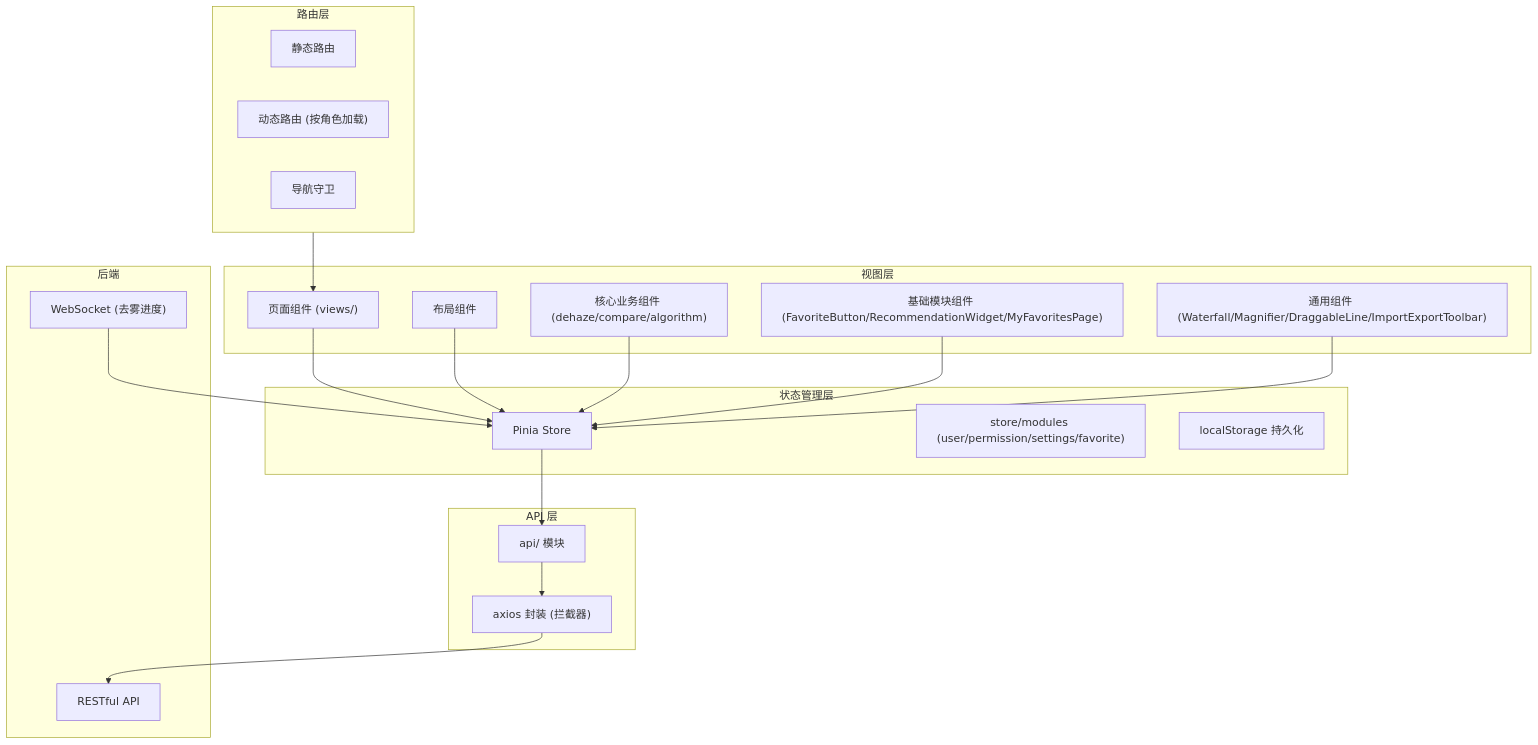
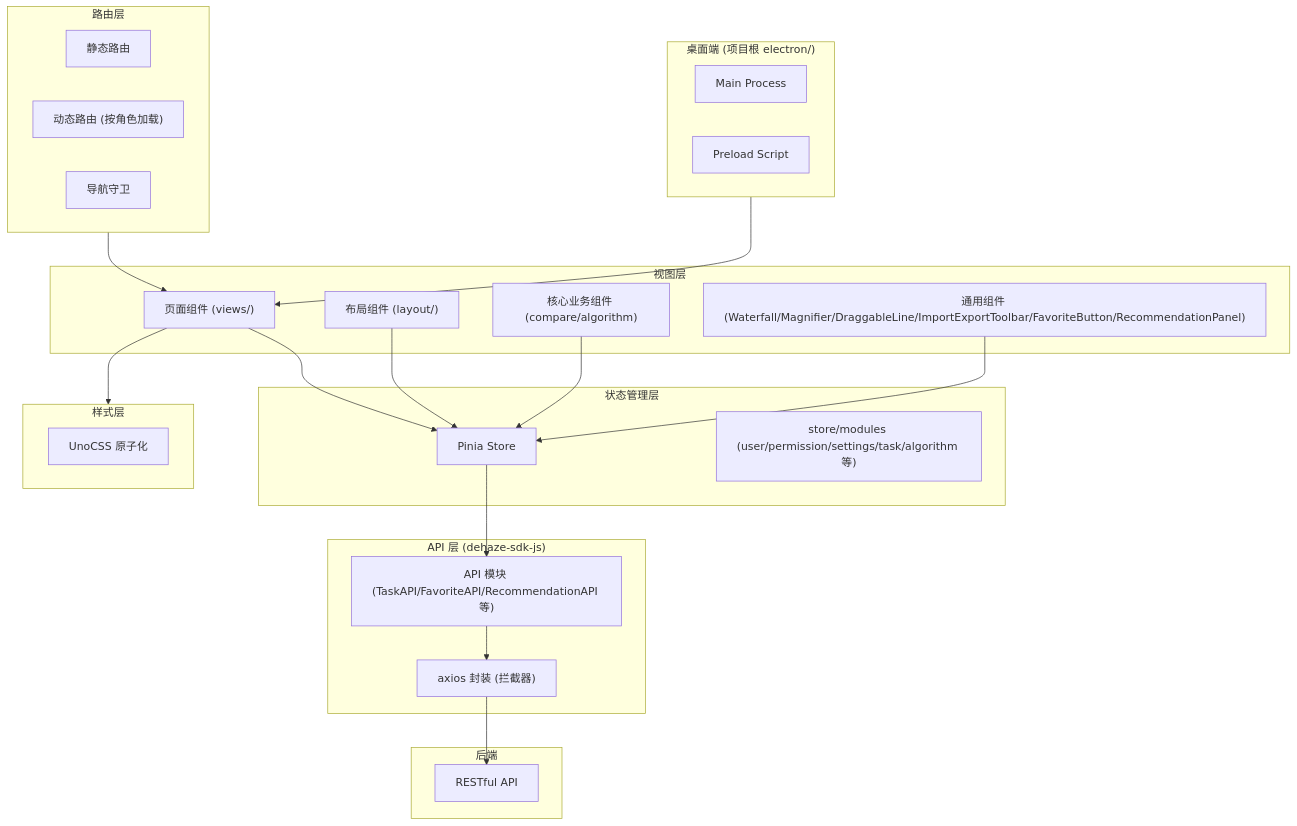
The first of 2 diagrams in dehaze-doc/docs/04-项目实现/前端/01-Vue架构文档.md (earthy-zinc/dehaze-system), drawn with Mermaid before and after one commit. The commit also changed other lines of this file and 24 other files, not shown here.

First line of the commit message:
docs: add and update multiple architecture documents

````diff
--- a/dehaze-doc/docs/04-项目实现/前端/01-Vue架构文档.md
+++ b/dehaze-doc/docs/04-项目实现/前端/01-Vue架构文档.md
@@ -9,43 +9,49 @@
 ```mermaid
 flowchart TB
     subgraph View["视图层"]
         Pages["页面组件 (views/)"]
-        Layout["布局组件"]
-        CoreComp["核心业务组件 (dehaze/compare/algorithm)"]
-        BaseComp["基础模块组件 (FavoriteButton/RecommendationWidget/MyFavoritesPage)"]
-        CommonComp["通用组件 (Waterfall/Magnifier/DraggableLine/ImportExportToolbar)"]
+        Layout["布局组件 (layout/)"]
+        CoreComp["核心业务组件 (compare/algorithm)"]
+        CommonComp["通用组件 (Waterfall/Magnifier/DraggableLine/ImportExportToolbar/FavoriteButton/RecommendationPanel)"]
     end
 
     subgraph State["状态管理层"]
         Pinia["Pinia Store"]
-        Modules["store/modules (user/permission/settings/favorite)"]
-        Persist["localStorage 持久化"]
+        Modules["store/modules (user/permission/settings/task/algorithm 等)"]
     end
 
-    subgraph API["API 层"]
+    subgraph SDK["API 层 (dehaze-sdk-js)"]
+        ApiModules["API 模块 (TaskAPI/FavoriteAPI/RecommendationAPI 等)"]
         Request["axios 封装 (拦截器)"]
-        ApiModules["api/ 模块"]
     end
 
     subgraph Router["路由层"]
         StaticRoutes["静态路由"]
         DynamicRoutes["动态路由 (按角色加载)"]
         Guards["导航守卫"]
     end
 
+    subgraph Style["样式层"]
+        UnoCSS["UnoCSS 原子化"]
+    end
+
+    subgraph Electron["桌面端 (项目根 electron/)"]
+        Main["Main Process"]
+        Preload["Preload Script"]
+    end
+
     subgraph Backend["后端"]
         REST["RESTful API"]
-        WS["WebSocket (去雾进度)"]
     end
 
     Pages --> Pinia
     Layout --> Pinia
     CoreComp --> Pinia
-    BaseComp --> Pinia
     CommonComp --> Pinia
     Pinia --> ApiModules
     ApiModules --> Request
     Request --> REST
     Router --> Pages
-    WS --> Pinia
+    Pages --> Style
+    Electron --> Pages
 ```
````
